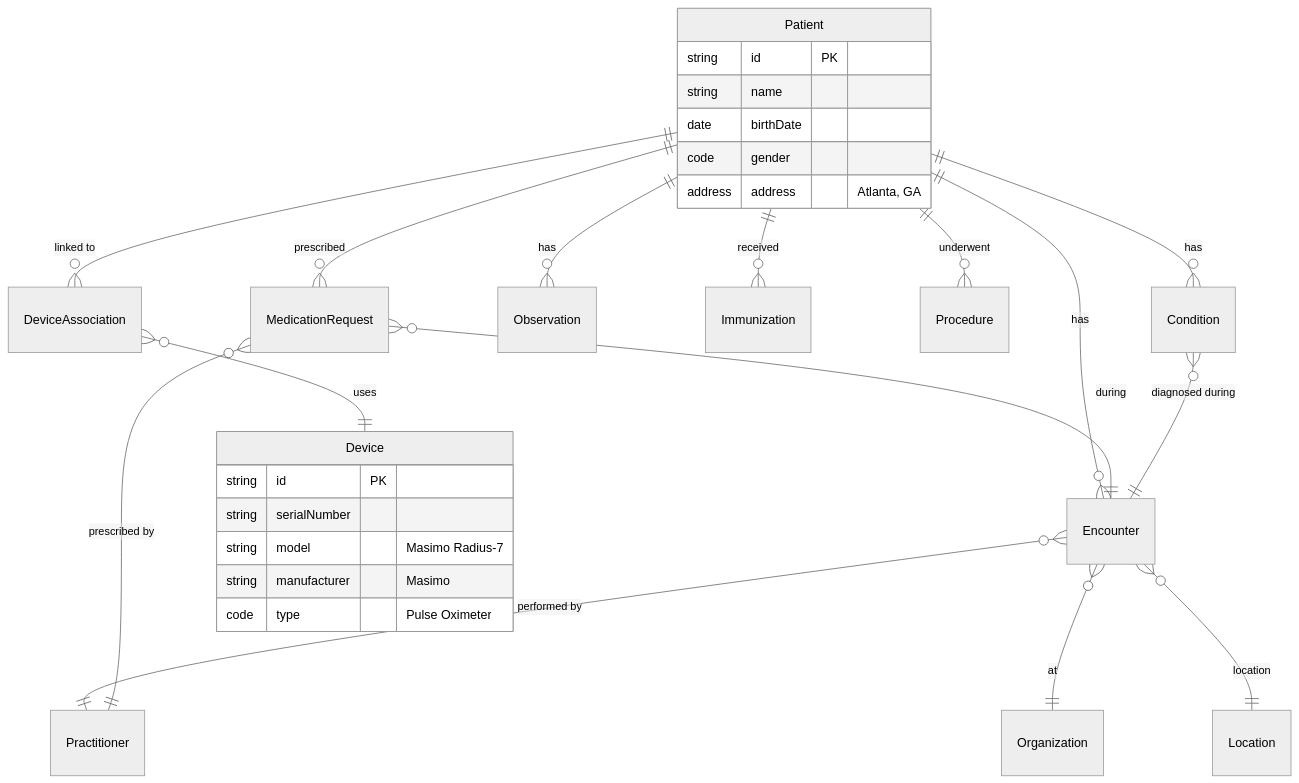
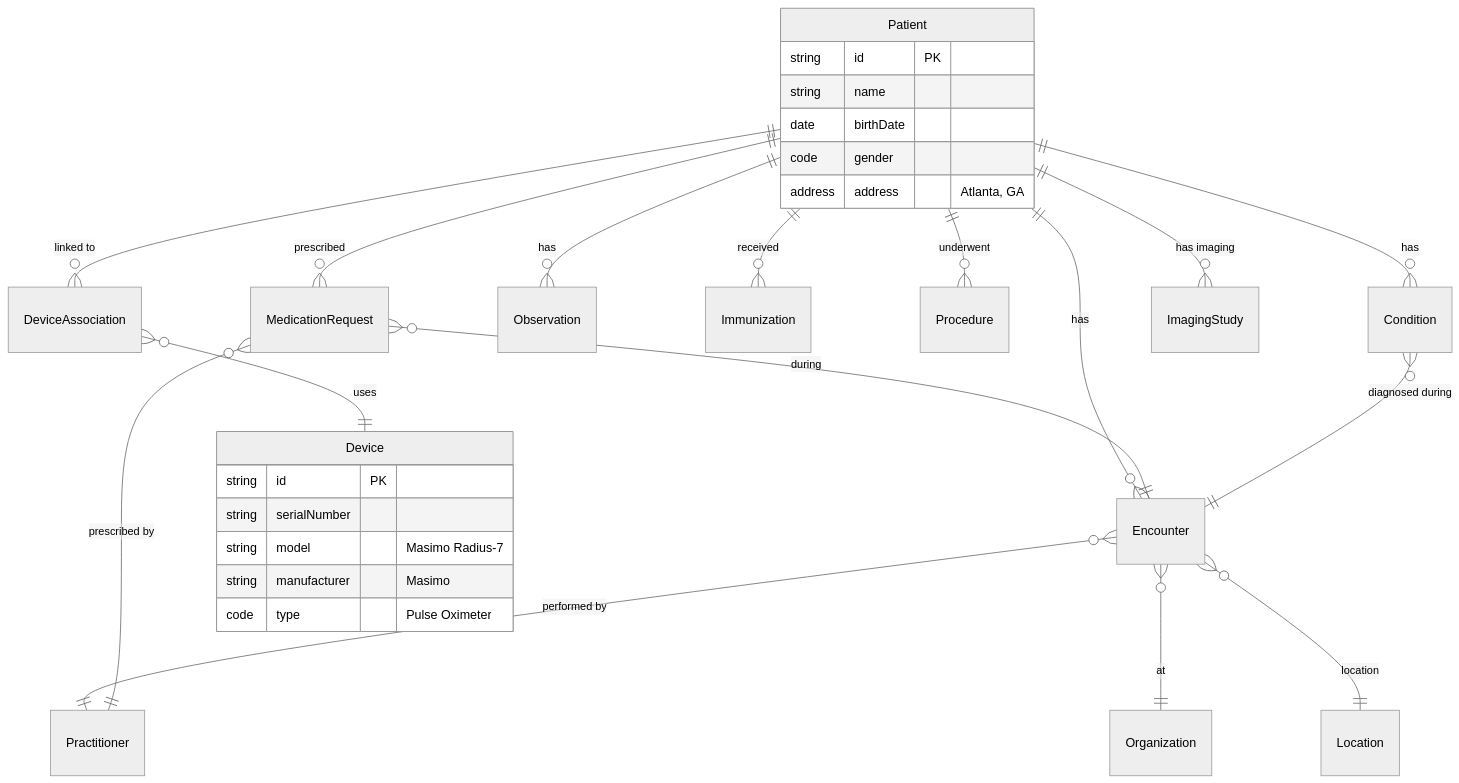
One commit to kfprugger/med-device-fabric-emulator changed the second of 5 diagrams in README.md. Above: the diagram before and after it, drawn with Mermaid (neutral theme). The commit also changed other lines of this file and 33 other files, not shown here.

````diff
--- a/README.md
+++ b/README.md
@@ -103,37 +69,38 @@
 ```mermaid
 erDiagram
     Patient ||--o{ Encounter : "has"
     Patient ||--o{ Condition : "has"
     Patient ||--o{ MedicationRequest : "prescribed"
     Patient ||--o{ Observation : "has"
     Patient ||--o{ Immunization : "received"
     Patient ||--o{ Procedure : "underwent"
     Patient ||--o{ DeviceAssociation : "linked to"
+    Patient ||--o{ ImagingStudy : "has imaging"
     
     Encounter }o--|| Practitioner : "performed by"
     Encounter }o--|| Organization : "at"
     Encounter }o--|| Location : "location"
     
     MedicationRequest }o--|| Practitioner : "prescribed by"
     MedicationRequest }o--|| Encounter : "during"
     
     Condition }o--|| Encounter : "diagnosed during"
     
     DeviceAssociation }o--|| Device : "uses"
     
     Device {
         string id PK
         string serialNumber
         string model "Masimo Radius-7"
         string manufacturer "Masimo"
         code type "Pulse Oximeter"
     }
     
     Patient {
         string id PK
         string name
         date birthDate
         code gender
         address address "Atlanta, GA"
     }
 ```
````
